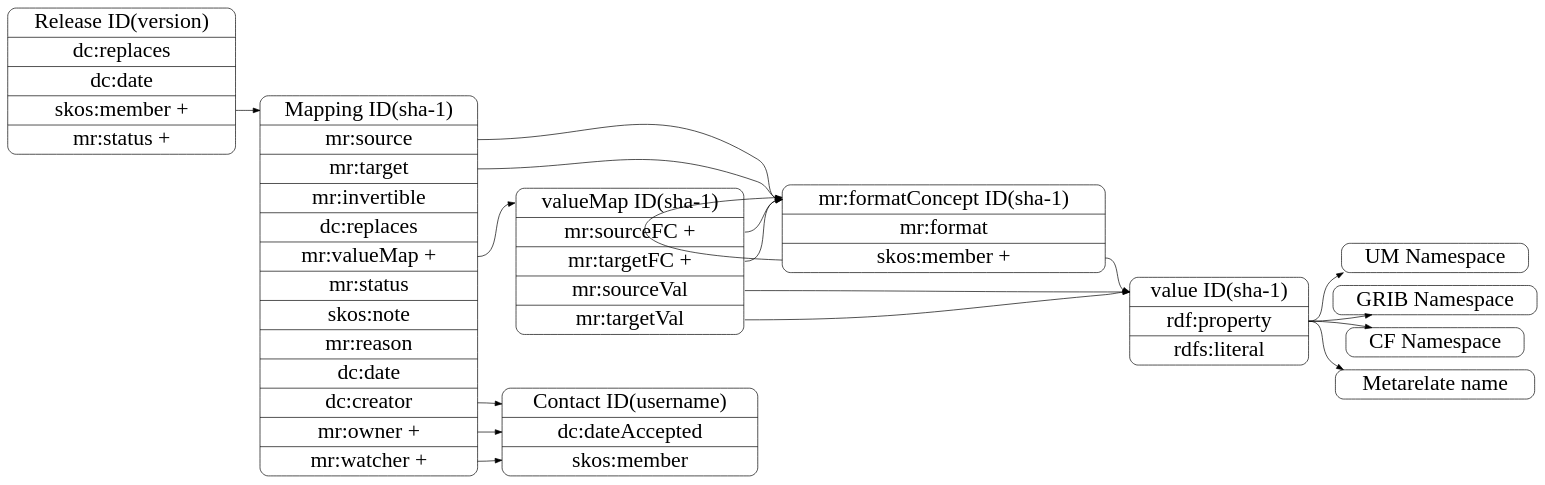
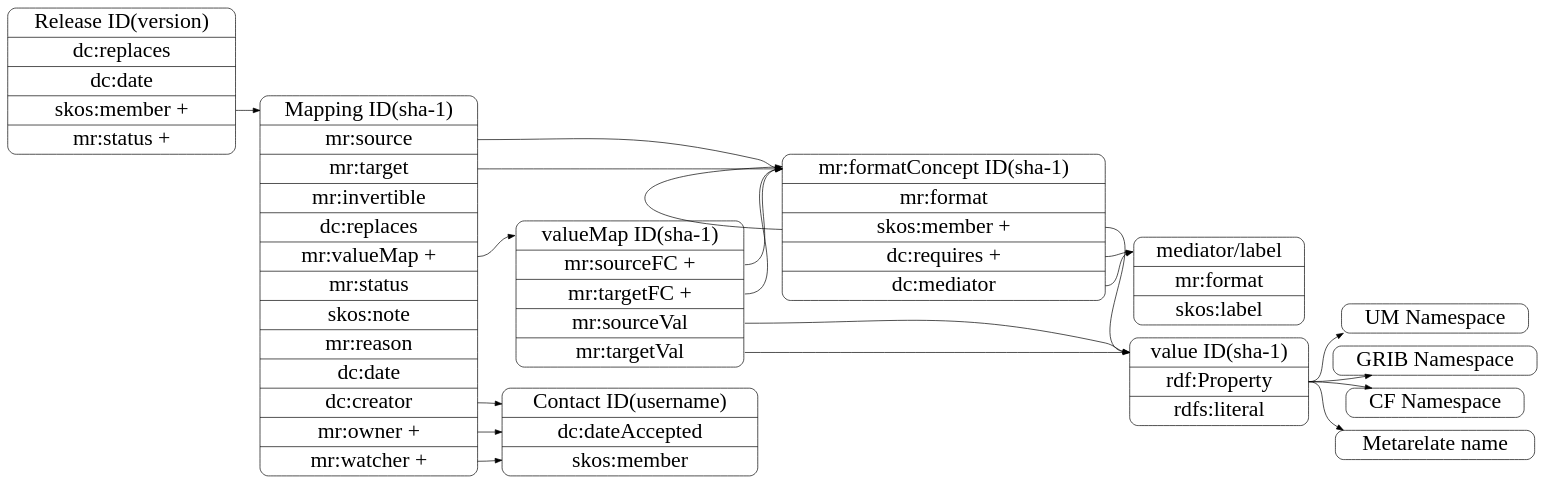
Before and after one commit to metarelate/metOcean-mapping: the diagram in docs/source/developer/design/records.dot, drawn with Graphviz. The commit also changed 34 other files, not shown here.

```diff
--- a/docs/source/developer/design/records.dot
+++ b/docs/source/developer/design/records.dot
@@ -1,87 +1,94 @@
 digraph records {
 
 ## basic setup 
 
    	rankdir = LR;
         node [
         fontsize = 32,
         shape = Mrecord
         ];
 
         edge [
         fontsize = 24
         ];
 
 ## class definitions
 
    	value [
-	label = "<title> value ID(sha-1) |<prop> rdf:property | rdfs:literal"
+	label = "<title> value ID(sha-1) |<prop> rdf:Property | rdfs:literal"
 	];
 
    	formatconcept [
-	label = "<title> mr:formatConcept ID(sha-1) |<format> mr:format |<component> skos:member +"
+	label = "<title> mr:formatConcept ID(sha-1) |<format> mr:format |<component> skos:member +|<req> dc:requires +|<med> dc:mediator"
+	];
+
+        mediator [
+	label = "<title> mediator/label |<format> mr:format|<label> skos:label  "
 	];
 
 	valuemap [
 	label = "<title> valueMap ID(sha-1) |<sourcefc> mr:sourceFC +|<targetfc> mr:targetFC +|<sourceval> mr:sourceVal |<targetval> mr:targetVal "
 	];
 
 	mapping [
 	label = "<title> Mapping ID(sha-1) |<source> mr:source |<target> mr:target |mr:invertible | dc:replaces  |<valmap> mr:valueMap +|mr:status |skos:note |mr:reason |dc:date |<c> dc:creator |<o> mr:owner + |<w> mr:watcher +"
 	];
 
 
 	release [
 	label = "<title> Release ID(version)|dc:replaces|dc:date|<con>skos:member + |mr:status +"
 	];
 
 	contact [
 	label = "<title> Contact ID(username) | dc:dateAccepted | skos:member"
 	];
 
 	um [
 	label = "UM Namespace"
 	];
 
 	grib [
 	label = "GRIB Namespace"
 	];
 
 	cf [
 	label = "CF Namespace"
 	];
 
 	mrnamed [
 	label = "Metarelate name"
 	];
 
 ## relations
 
 
 	release:con -> mapping:title
 	
 	mapping:source -> formatconcept:title
 
 	mapping:target -> formatconcept:title
 
 	formatconcept:component -> formatconcept:title
 
 	formatconcept:component -> value:title
 
+	formatconcept:med -> mediator:title
+	formatconcept:req -> mediator:title
+
 	mapping:valmap -> valuemap:title
 
 	valuemap:sourceval -> value:title
 	valuemap:sourcefc -> formatconcept:title
 	valuemap:targetval -> value:title
 	valuemap:targetfc -> formatconcept:title
 
 	value:prop -> um
 	value:prop -> grib
 	value:prop -> cf
 	value:prop -> mrnamed
 
 	mapping:c -> contact
 	mapping:o -> contact
 	mapping:w -> contact
 
 }
```
